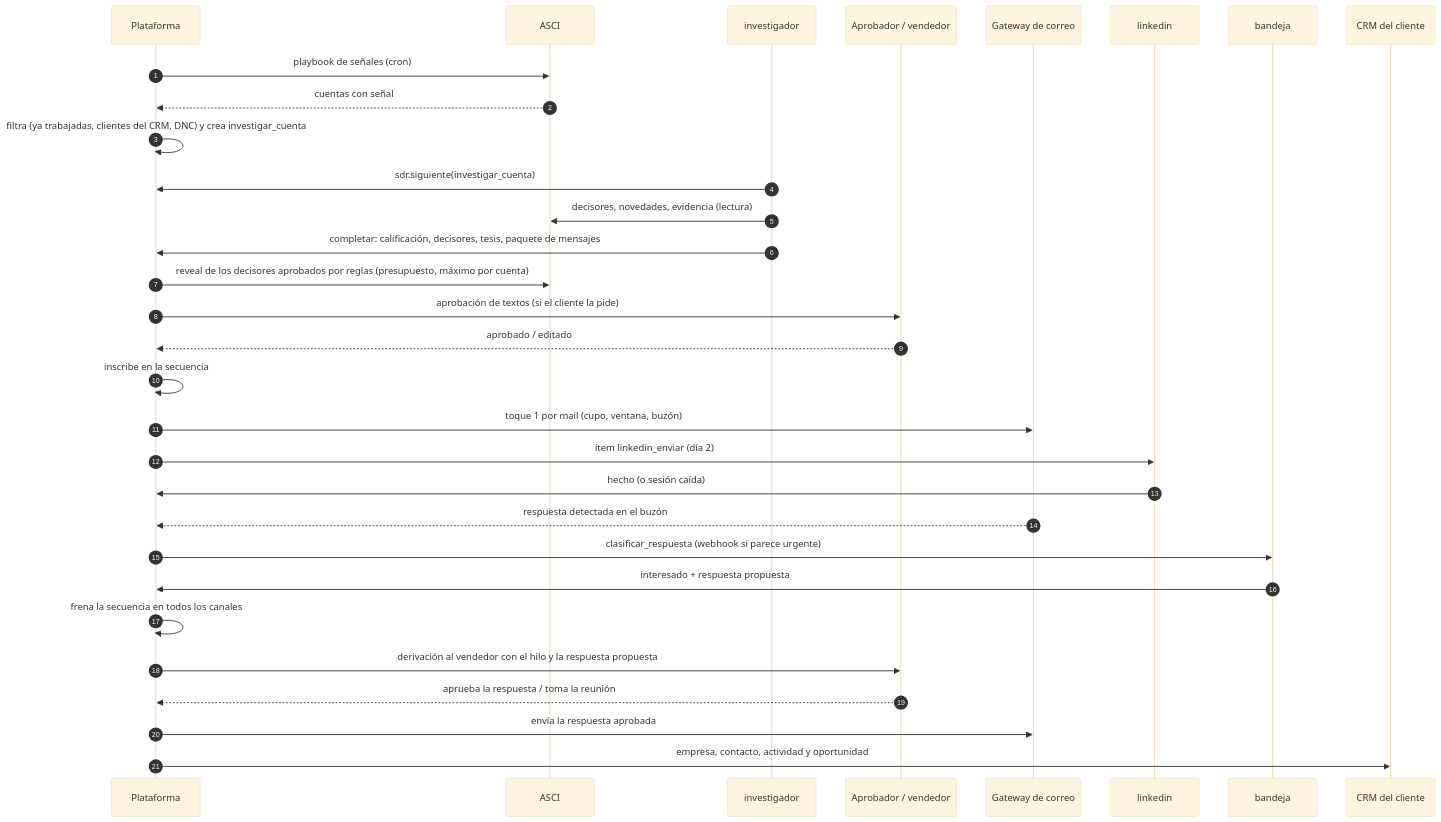
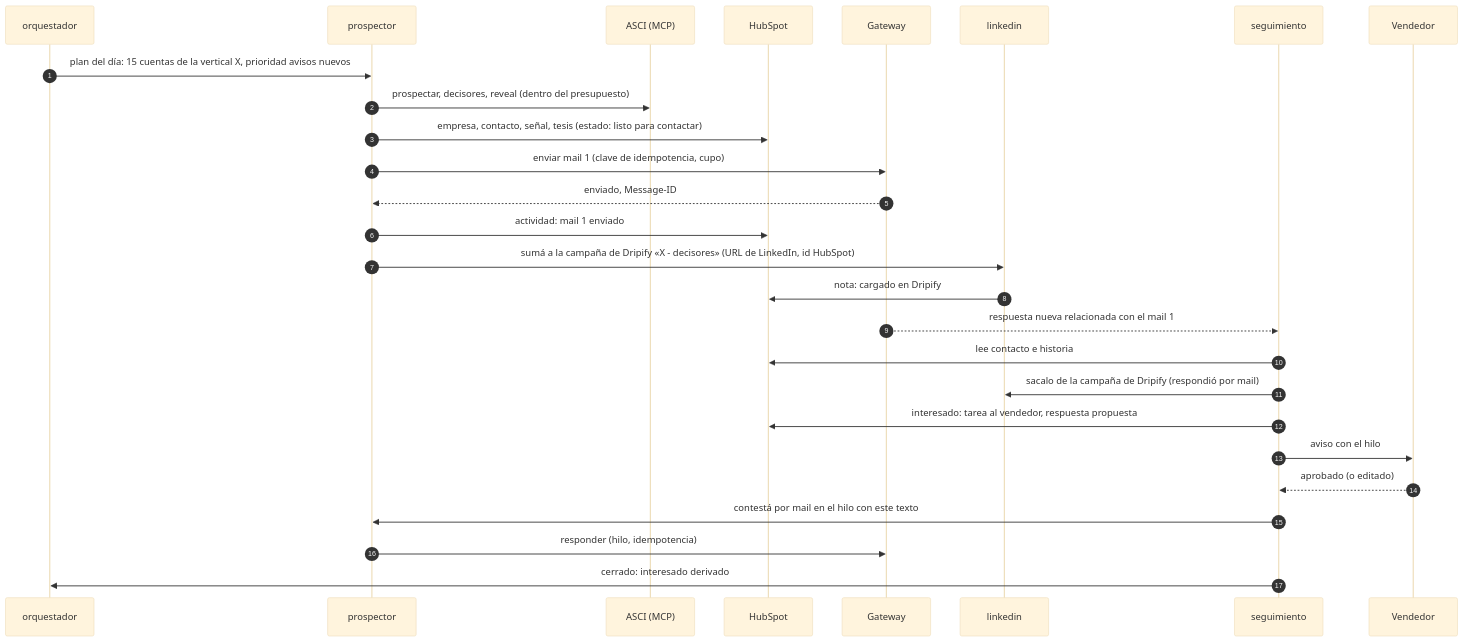
The second of 2 diagrams in docs/09-arquitectura-v2.md (ignaciocuffia86/sdrbot), drawn with Mermaid (base theme) before and after one commit. The commit also changed other lines of this file and 3 other files, not shown here.

First line of the commit message:
docs/09 y 10: arquitectura v2 con Grok Bot como orquestador

````diff
--- a/docs/09-arquitectura-v2.md
+++ b/docs/09-arquitectura-v2.md
@@ -201,34 +152,30 @@
 ```mermaid
 sequenceDiagram
   autonumber
-  participant P as Plataforma
-  participant A as ASCI
-  participant I as investigador
-  participant H as Aprobador / vendedor
-  participant G as Gateway de correo
+  participant O as orquestador
+  participant P as prospector
+  participant A as ASCI (MCP)
+  participant HS as HubSpot
+  participant GW as Gateway
   participant L as linkedin
-  participant B as bandeja
-  participant C as CRM del cliente
+  participant S as seguimiento
+  participant V as Vendedor
 
-  P->>A: playbook de señales (cron)
-  A-->>P: cuentas con señal
-  P->>P: filtra (ya trabajadas, clientes del CRM, DNC) y crea investigar_cuenta
-  I->>P: sdr.siguiente(investigar_cuenta)
-  I->>A: decisores, novedades, evidencia (lectura)
-  I->>P: completar: calificación, decisores, tesis, paquete de mensajes
-  P->>A: reveal de los decisores aprobados por reglas (presupuesto, máximo por cuenta)
-  P->>H: aprobación de textos (si el cliente la pide)
-  H-->>P: aprobado / editado
-  P->>P: inscribe en la secuencia
-  P->>G: toque 1 por mail (cupo, ventana, buzón)
-  P->>L: ítem linkedin_enviar (día 2)
-  L->>P: hecho (o sesión caída)
-  G-->>P: respuesta detectada en el buzón
-  P->>B: clasificar_respuesta (webhook si parece urgente)
-  B->>P: interesado + respuesta propuesta
-  P->>P: frena la secuencia en todos los canales
-  P->>H: derivación al vendedor con el hilo y la respuesta propuesta
-  H-->>P: aprueba la respuesta / toma la reunión
-  P->>G: envía la respuesta aprobada
-  P->>C: empresa, contacto, actividad y oportunidad
+  O->>P: plan del día: 15 cuentas de la vertical X, prioridad avisos nuevos
+  P->>A: prospectar, decisores, reveal (dentro del presupuesto)
+  P->>HS: empresa, contacto, señal, tesis (estado: listo para contactar)
+  P->>GW: enviar mail 1 (clave de idempotencia, cupo)
+  GW-->>P: enviado, Message-ID
+  P->>HS: actividad: mail 1 enviado
+  P->>L: sumá a la campaña de Dripify «X - decisores» (URL de LinkedIn, id HubSpot)
+  L->>HS: nota: cargado en Dripify
+  GW-->>S: respuesta nueva relacionada con el mail 1
+  S->>HS: lee contacto e historia
+  S->>L: sacalo de la campaña de Dripify (respondió por mail)
+  S->>HS: interesado: tarea al vendedor, respuesta propuesta
+  S->>V: aviso con el hilo
+  V-->>S: aprobado (o editado)
+  S->>P: contestá por mail en el hilo con este texto
+  P->>GW: responder (hilo, idempotencia)
+  S->>O: cerrado: interesado derivado
 ```
````
